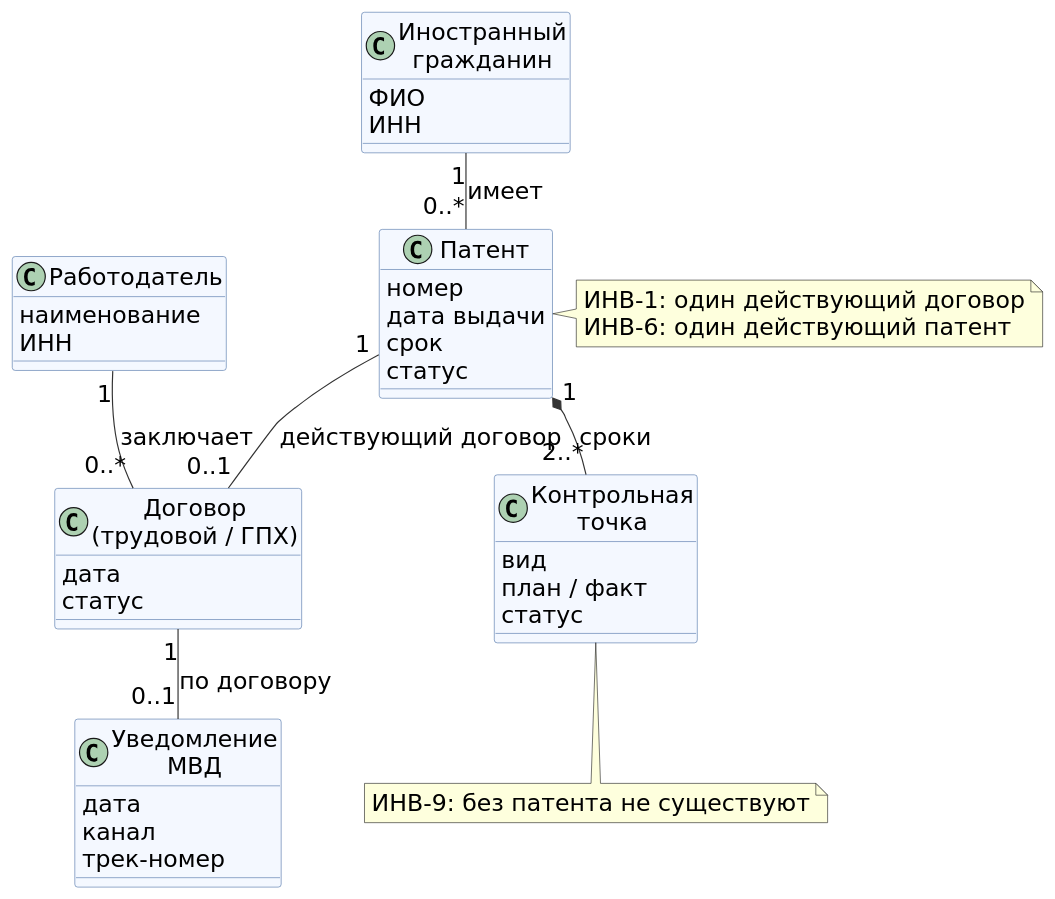
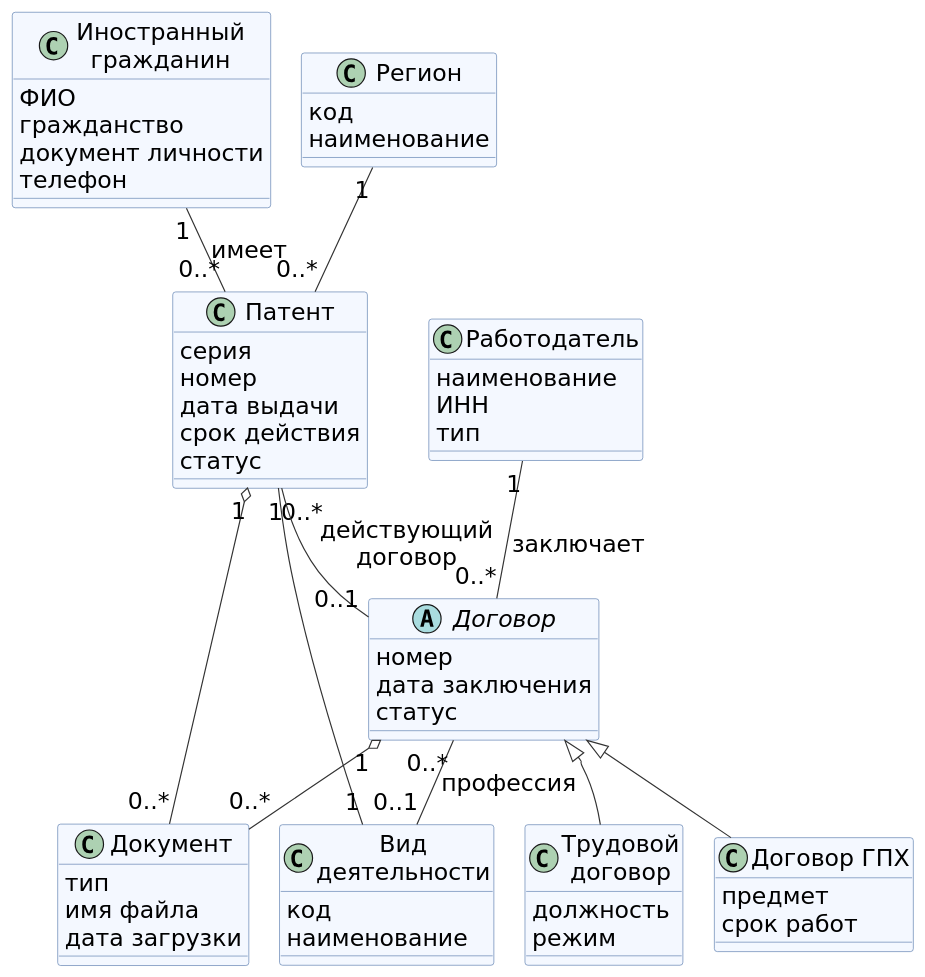
One commit to mflkee/study changed the diagram in tsu/5sem/Функциональное моделирование систем/_архив/книга/src/l2-core.puml. Above: the diagram before and after it, drawn with PlantUML. The commit also changed 2622 other files, not shown here.

Commit message:
ФМС: отчёт/слайды/книжка/речь/шпаргалка под ядро темы 7, 23 диаграммы, скрипты сборки

```diff
--- a/tsu/5sem/Функциональное моделирование систем/_архив/книга/src/l2-core.puml
+++ b/tsu/5sem/Функциональное моделирование систем/_архив/книга/src/l2-core.puml
@@ -1,57 +1,71 @@
 @startuml
 ' Ядро модели предметной области для печатной книжки (лаб. 2)
+' Только атрибуты, без id, без модификаторов и методов (DESIGN.md §5).
 skinparam defaultFontName "DejaVu Sans"
 skinparam shadowing false
 skinparam defaultFontSize 20
-skinparam nodesep 20
-skinparam ranksep 40
+skinparam nodesep 26
+skinparam ranksep 46
 skinparam ArrowColor #333333
 skinparam class {
   BackgroundColor #F4F8FF
   BorderColor #4A6FA5
 }
 skinparam classAttributeIconSize 0
 
 class "Иностранный\nгражданин" as IG {
   ФИО
-  ИНН
+  гражданство
+  документ личности
+  телефон
 }
 class "Патент" as PAT {
+  серия
   номер
   дата выдачи
-  срок
+  срок действия
   статус
+}
+class "Регион" as REG {
+  код
+  наименование
+}
+class "Вид\nдеятельности" as VID {
+  код
+  наименование
 }
 class "Работодатель" as RAB {
   наименование
   ИНН
+  тип
 }
-class "Договор\n(трудовой / ГПХ)" as DOG {
-  дата
+abstract class "Договор" as DOG {
+  номер
+  дата заключения
   статус
 }
-class "Уведомление\nМВД" as UVD {
-  дата
-  канал
-  трек-номер
+class "Трудовой\nдоговор" as TD {
+  должность
+  режим
 }
-class "Контрольная\nточка" as KT {
-  вид
-  план / факт
-  статус
+class "Договор ГПХ" as GPX {
+  предмет
+  срок работ
+}
+class "Документ" as DOC {
+  тип
+  имя файла
+  дата загрузки
 }
 
 IG "1" -- "0..*" PAT : имеет
-PAT "1" -- "0..1" DOG : действующий договор
+REG "1" -- "0..*" PAT
+VID "1" -- "0..*" PAT
+PAT "1" -- "0..1" DOG : действующий\nдоговор
 RAB "1" -- "0..*" DOG : заключает
-DOG "1" -- "0..1" UVD : по договору
-PAT "1" *-- "2..*" KT : сроки
-
-note right of PAT
-  ИНВ-1: один действующий договор
-  ИНВ-6: один действующий патент
-end note
-note bottom of KT
-  ИНВ-9: без патента не существуют
-end note
+DOG "0..*" -- "0..1" VID : профессия
+DOG <|-- TD
+DOG <|-- GPX
+PAT "1" o-- "0..*" DOC
+DOG "1" o-- "0..*" DOC
 @enduml
```
